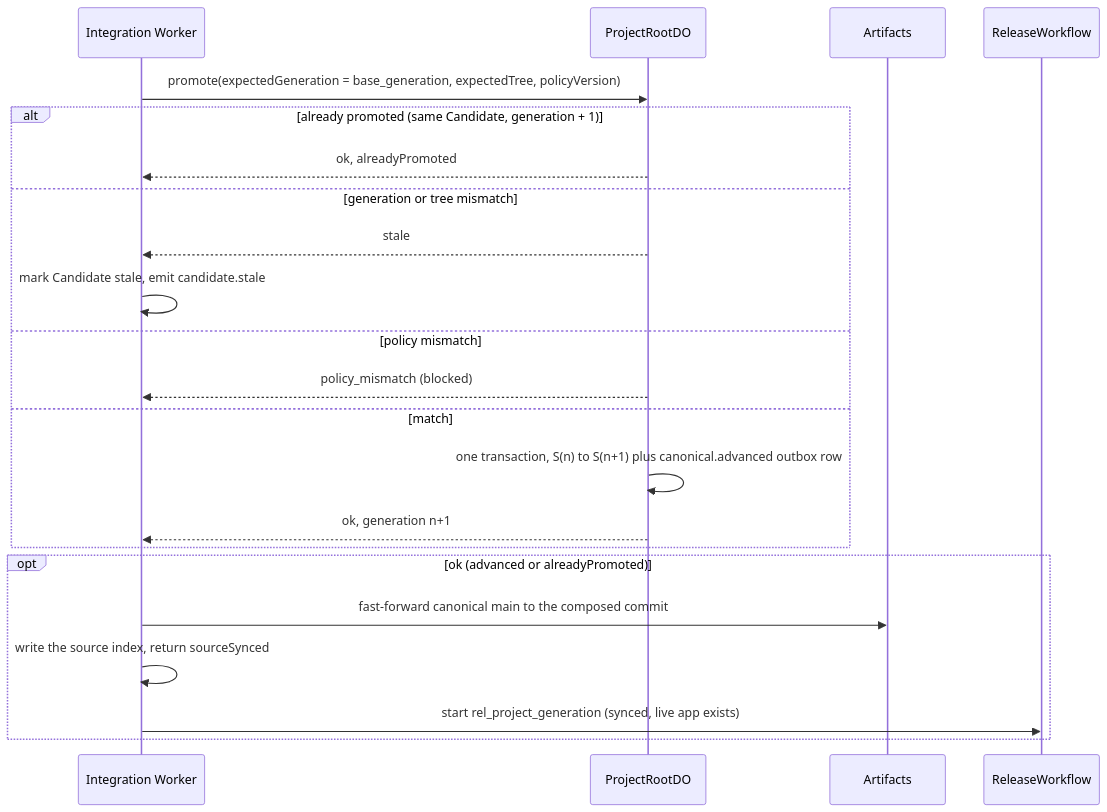
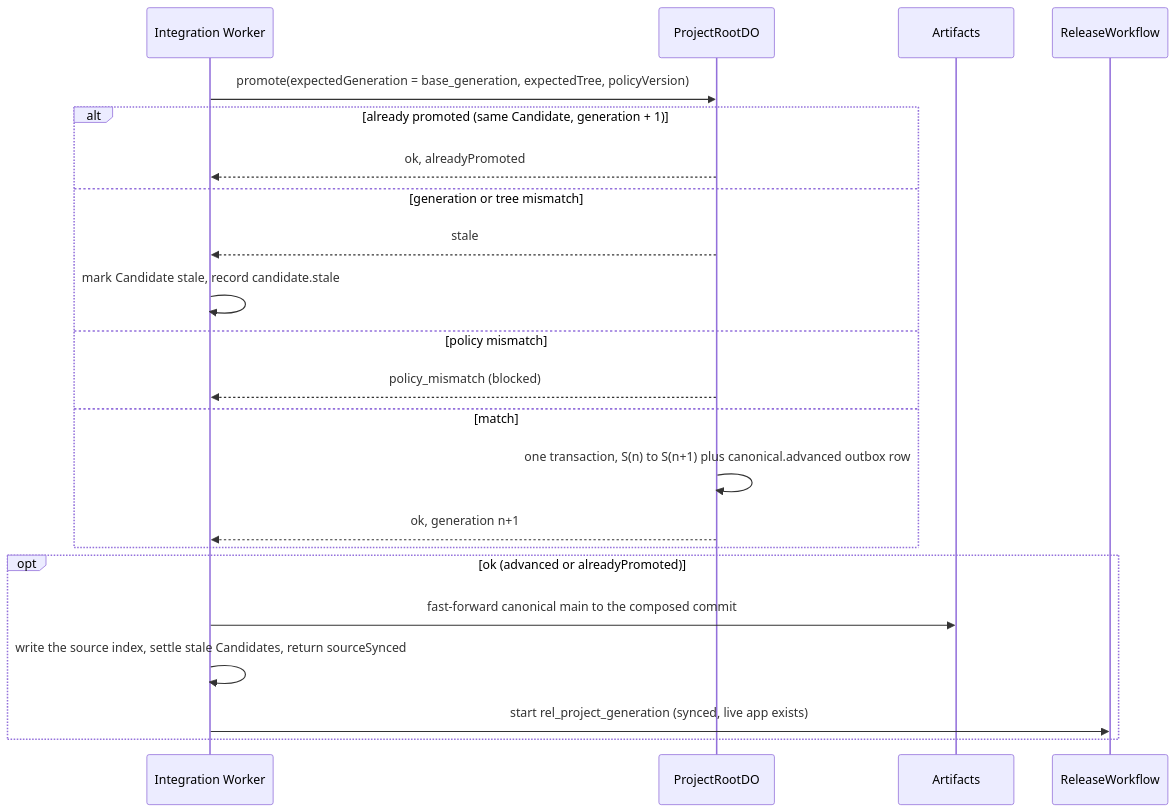
The second of 2 diagrams in docs/adr/0013-promotion-preconditions.md (nsudhanva/rhumbatron), drawn with Mermaid before and after one commit. The commit also changed other lines of this file and 47 other files, not shown here.

````diff
--- a/docs/adr/0013-promotion-preconditions.md
+++ b/docs/adr/0013-promotion-preconditions.md
@@ -118,24 +131,24 @@
 ```mermaid
 sequenceDiagram
   participant I as Integration Worker
   participant P as ProjectRootDO
   participant A as Artifacts
   participant W as ReleaseWorkflow
   I->>P: promote(expectedGeneration = base_generation, expectedTree, policyVersion)
   alt already promoted (same Candidate, generation + 1)
     P-->>I: ok, alreadyPromoted
   else generation or tree mismatch
     P-->>I: stale
-    I->>I: mark Candidate stale, emit candidate.stale
+    I->>I: mark Candidate stale, record candidate.stale
   else policy mismatch
     P-->>I: policy_mismatch (blocked)
   else match
     P->>P: one transaction, S(n) to S(n+1) plus canonical.advanced outbox row
     P-->>I: ok, generation n+1
   end
   opt ok (advanced or alreadyPromoted)
     I->>A: fast-forward canonical main to the composed commit
-    I->>I: write the source index, return sourceSynced
+    I->>I: write the source index, settle stale Candidates, return sourceSynced
     I->>W: start rel_project_generation (synced, live app exists)
   end
 ```
````
